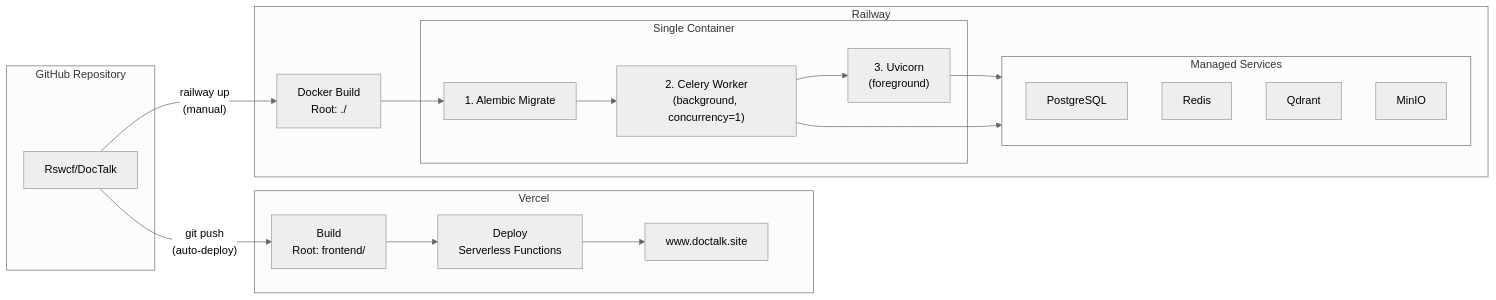
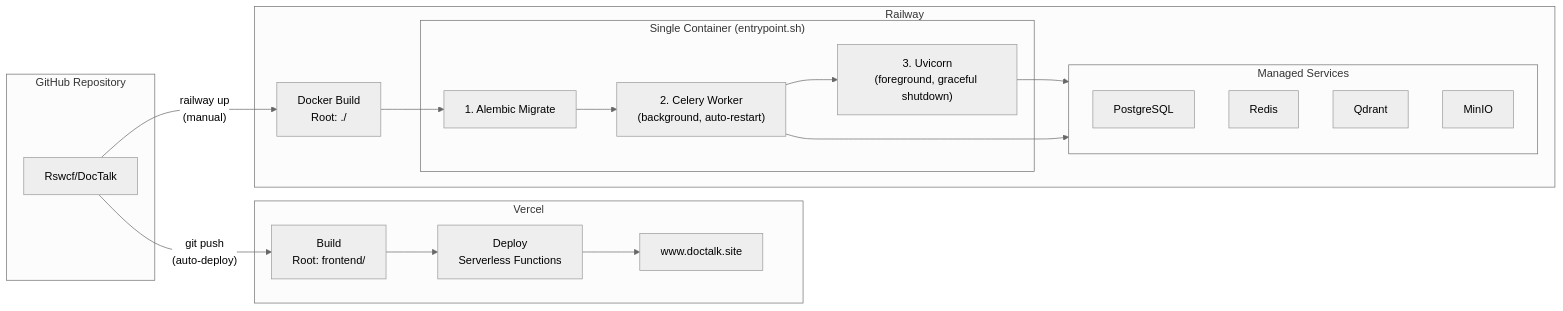
One commit to Rswcf/DocTalk changed the eighth of 8 diagrams in docs/ARCHITECTURE.md. Above: the diagram before and after it, drawn with Mermaid (neutral theme). The commit also changed other lines of this file and 4 other files, not shown here.

````diff
--- a/docs/ARCHITECTURE.md
+++ b/docs/ARCHITECTURE.md
@@ -539,34 +543,34 @@
 ```mermaid
 graph LR
     subgraph GitHub["GitHub Repository"]
         Repo["Rswcf/DocTalk"]
     end
 
     subgraph VercelDeploy["Vercel"]
         VBuild["Build<br/>Root: frontend/"]
         VDeploy["Deploy<br/>Serverless Functions"]
         VDomain["www.doctalk.site"]
     end
 
     subgraph RailwayDeploy["Railway"]
         RBuild["Docker Build<br/>Root: ./"]
-        subgraph Container["Single Container"]
+        subgraph Container["Single Container (entrypoint.sh)"]
             Alembic["1. Alembic Migrate"]
-            CeleryW["2. Celery Worker<br/>(background, concurrency=1)"]
-            Uvicorn["3. Uvicorn<br/>(foreground)"]
+            CeleryW["2. Celery Worker<br/>(background, auto-restart)"]
+            Uvicorn["3. Uvicorn<br/>(foreground, graceful shutdown)"]
         end
         subgraph RServices["Managed Services"]
             RPG["PostgreSQL"]
             RRedis["Redis"]
             RQdrant["Qdrant"]
             RMinIO["MinIO"]
         end
     end
 
     Repo -->|"git push<br/>(auto-deploy)"| VBuild
     VBuild --> VDeploy --> VDomain
     Repo -->|"railway up<br/>(manual)"| RBuild
     RBuild --> Alembic --> CeleryW --> Uvicorn
     Uvicorn --> RServices
     CeleryW --> RServices
 ```
````
